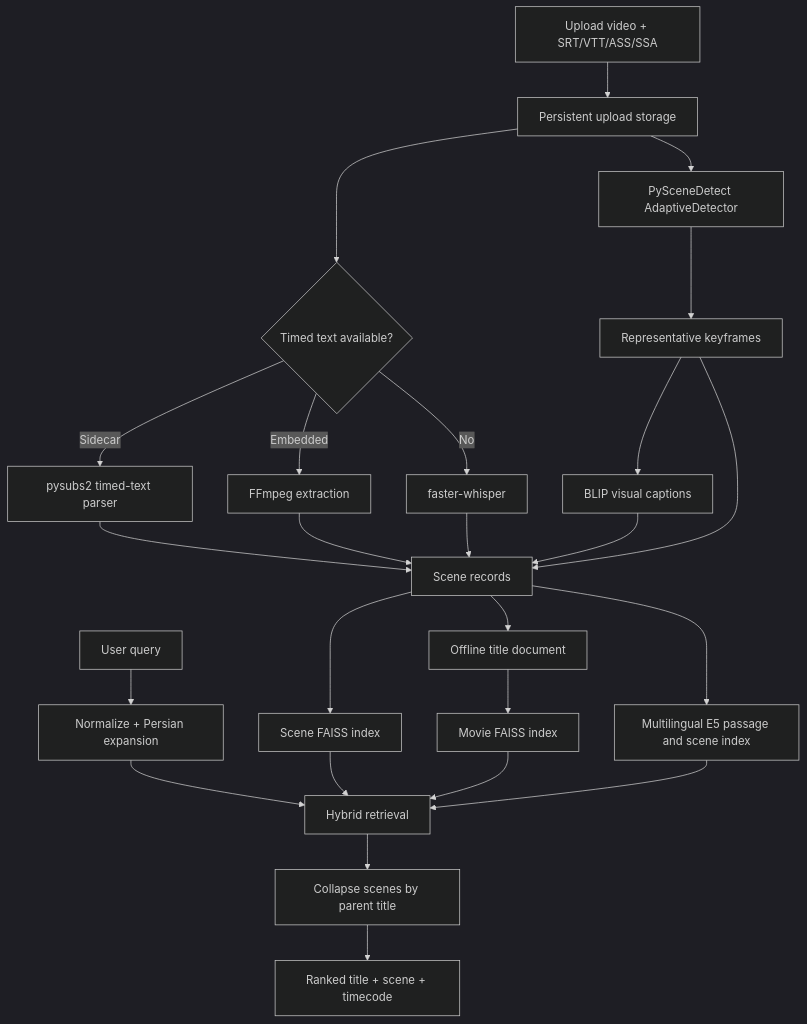
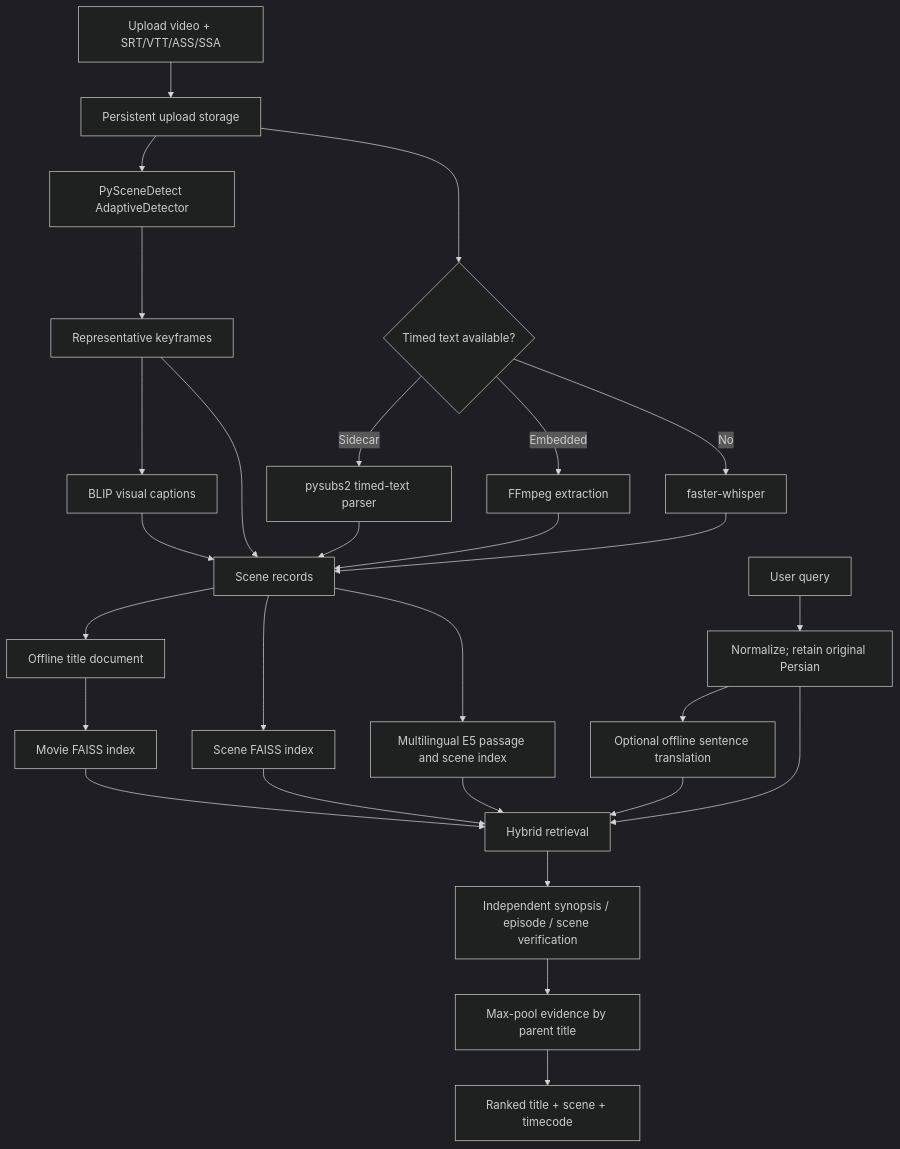
One commit to amin-pourmand/cinescene changed the diagram in ARCHITECTURE.md. Above: the diagram before and after it, drawn with Mermaid (dark theme). The commit also changed other lines of this file and 94 other files, not shown here.

````diff
--- a/ARCHITECTURE.md
+++ b/ARCHITECTURE.md
@@ -17,27 +17,30 @@
 ```mermaid
 flowchart TD
     U[Upload video + SRT/VTT/ASS/SSA] --> S[Persistent upload storage]
     S --> D[PySceneDetect AdaptiveDetector]
     D --> K[Representative keyframes]
     S --> T{Timed text available?}
     T -->|Sidecar| P[pysubs2 timed-text parser]
     T -->|Embedded| F[FFmpeg extraction]
     T -->|No| W[faster-whisper]
     K --> V[BLIP visual captions]
     P --> R[Scene records]
     F --> R
     W --> R
     V --> R
     K --> R
     R --> O[Offline title document]
     R --> SI[Scene FAISS index]
     O --> MI[Movie FAISS index]
-    Q[User query] --> N[Normalize + Persian expansion]
+    Q[User query] --> N[Normalize; retain original Persian]
+    N --> TR[Optional offline sentence translation]
     N --> H[Hybrid retrieval]
     SI --> H
     MI --> H
     R --> ML[Multilingual E5 passage and scene index]
     ML --> H
-    H --> C[Collapse scenes by parent title]
+    TR --> H
+    H --> EV[Independent synopsis / episode / scene verification]
+    EV --> C[Max-pool evidence by parent title]
     C --> X[Ranked title + scene + timecode]
 ```
````
